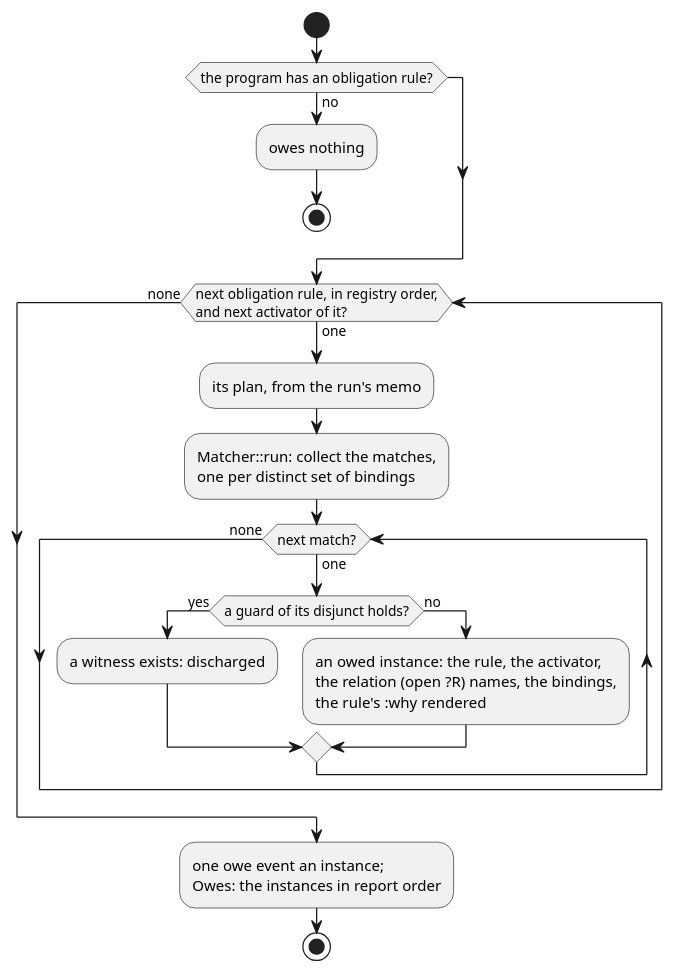
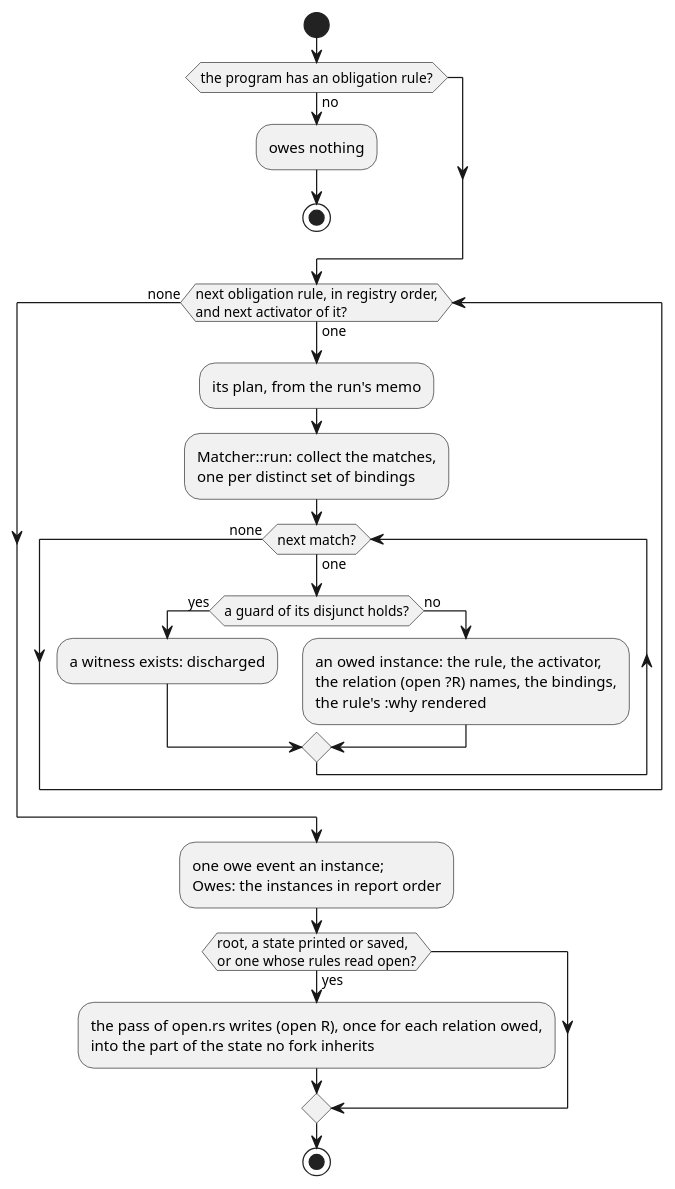
The diagram in docs/ein/ein.rs/diagrams/02-obligation-pass.puml (agutikov/ein), drawn with PlantUML before and after one commit. The commit also changed 138 other files, not shown here.

```diff
--- a/docs/ein/ein.rs/diagrams/02-obligation-pass.puml
+++ b/docs/ein/ein.rs/diagrams/02-obligation-pass.puml
@@ -1,20 +1,23 @@
 @startuml
 start
 if (the program has an obligation rule?) then (no)
   :owes nothing;
   stop
 endif
 while (next obligation rule, in registry order,\nand next activator of it?) is (one)
   :its plan, from the run's memo;
   :Matcher::run: collect the matches,\none per distinct set of bindings;
   while (next match?) is (one)
     if (a guard of its disjunct holds?) then (yes)
       :a witness exists: discharged;
     else (no)
       :an owed instance: the rule, the activator,\nthe relation (open ?R) names, the bindings,\nthe rule's :why rendered;
     endif
   endwhile (none)
 endwhile (none)
 :one owe event an instance;\nOwes: the instances in report order;
+if (root, a state printed or saved,\nor one whose rules read open?) then (yes)
+  :the pass of open.rs writes (open R), once for each relation owed,\ninto the part of the state no fork inherits;
+endif
 stop
 @enduml
```
